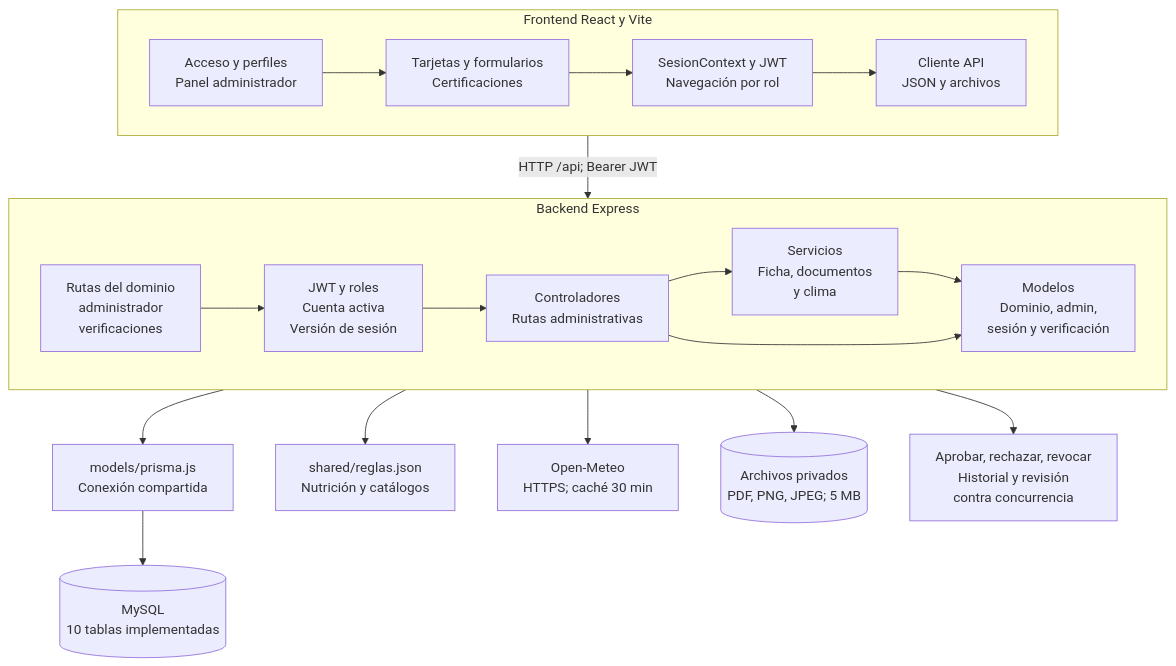
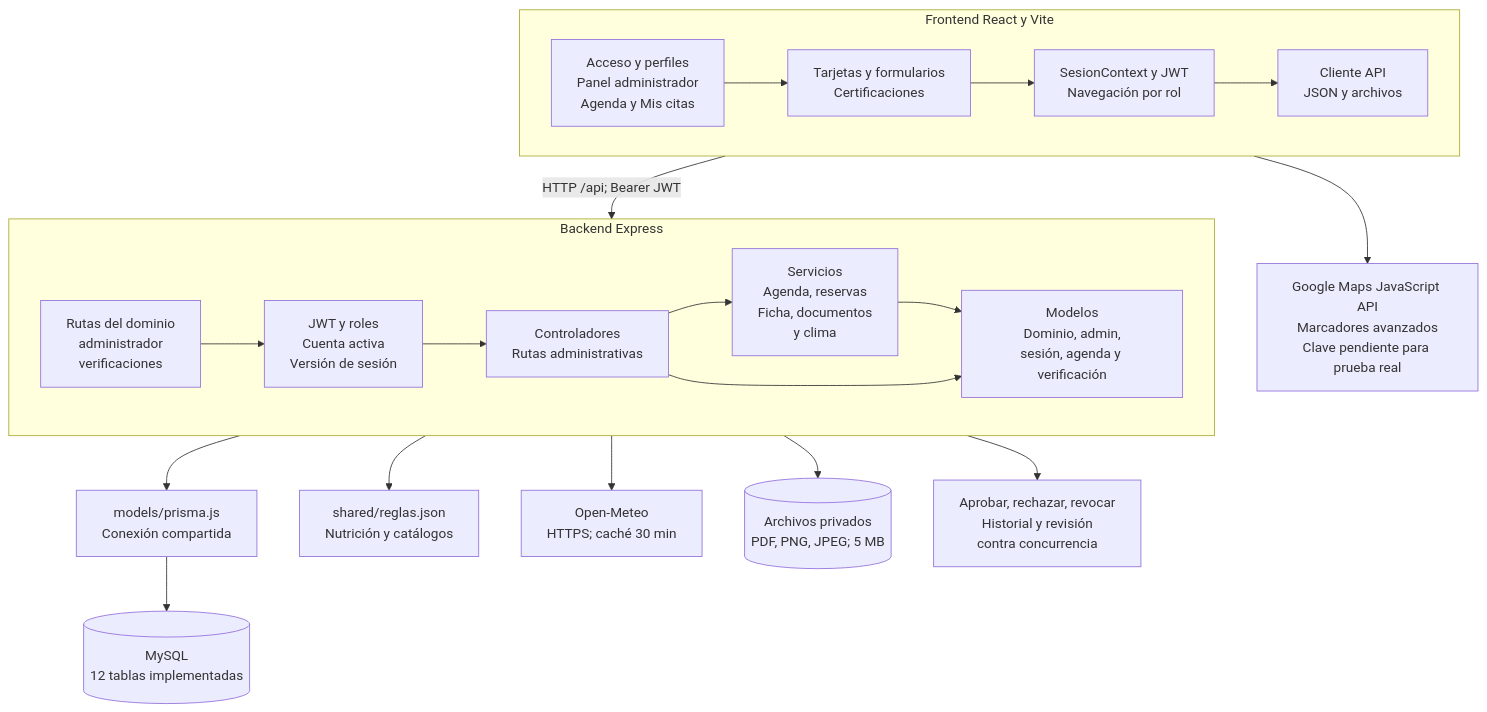
One commit to rodriacr/FitSearch changed the diagram in FASE 2/Evidencias Proyecto/Evidencias de documentación/Diagramas (Miro)/Actualización Sprint 3/07_Vista_de_Desarrollo.mmd. Above: the diagram before and after it, drawn with Mermaid. The commit also changed 63 other files, not shown here.

Commit message:
Implementa disponibilidad, reservas y mapa para Sprints 2 y 3

```diff
--- a/FASE 2/Evidencias Proyecto/Evidencias de documentación/Diagramas (Miro)/Actualización Sprint 3/07_Vista_de_Desarrollo.mmd
+++ b/FASE 2/Evidencias Proyecto/Evidencias de documentación/Diagramas (Miro)/Actualización Sprint 3/07_Vista_de_Desarrollo.mmd
@@ -1,26 +1,27 @@
 flowchart TB
   subgraph SPA[Frontend React y Vite]
     direction LR
-    P["Acceso y perfiles<br/>Panel administrador"]
+    P["Acceso y perfiles<br/>Panel administrador<br/>Agenda y Mis citas"]
     C["Tarjetas y formularios<br/>Certificaciones"]
     S["SesionContext y JWT<br/>Navegación por rol"]
     A["Cliente API<br/>JSON y archivos"]
     P --> C --> S --> A
   end
   subgraph API[Backend Express]
     direction LR
     R["Rutas del dominio<br/>administrador<br/>verificaciones"]
     M["JWT y roles<br/>Cuenta activa<br/>Versión de sesión"]
     K["Controladores<br/>Rutas administrativas"]
-    V["Servicios<br/>Ficha, documentos<br/>y clima"]
-    D["Modelos<br/>Dominio, admin,<br/>sesión y verificación"]
+    V["Servicios<br/>Agenda, reservas<br/>Ficha, documentos<br/>y clima"]
+    D["Modelos<br/>Dominio, admin,<br/>sesión, agenda y verificación"]
     R --> M --> K --> V --> D
     K --> D
   end
   SPA -->|"HTTP /api; Bearer JWT"| API
   API --> PR["models/prisma.js<br/>Conexión compartida"]
-  PR --> DB[("MySQL<br/>10 tablas implementadas")]
+  PR --> DB[("MySQL<br/>12 tablas implementadas")]
   API --> G["shared/reglas.json<br/>Nutrición y catálogos"]
   API --> O["Open-Meteo<br/>HTTPS; caché 30 min"]
   API --> F[("Archivos privados<br/>PDF, PNG, JPEG; 5 MB")]
   API --> N["Aprobar, rechazar, revocar<br/>Historial y revisión<br/>contra concurrencia"]
+  SPA --> GM["Google Maps JavaScript API<br/>Marcadores avanzados<br/>Clave pendiente para prueba real"]
```
